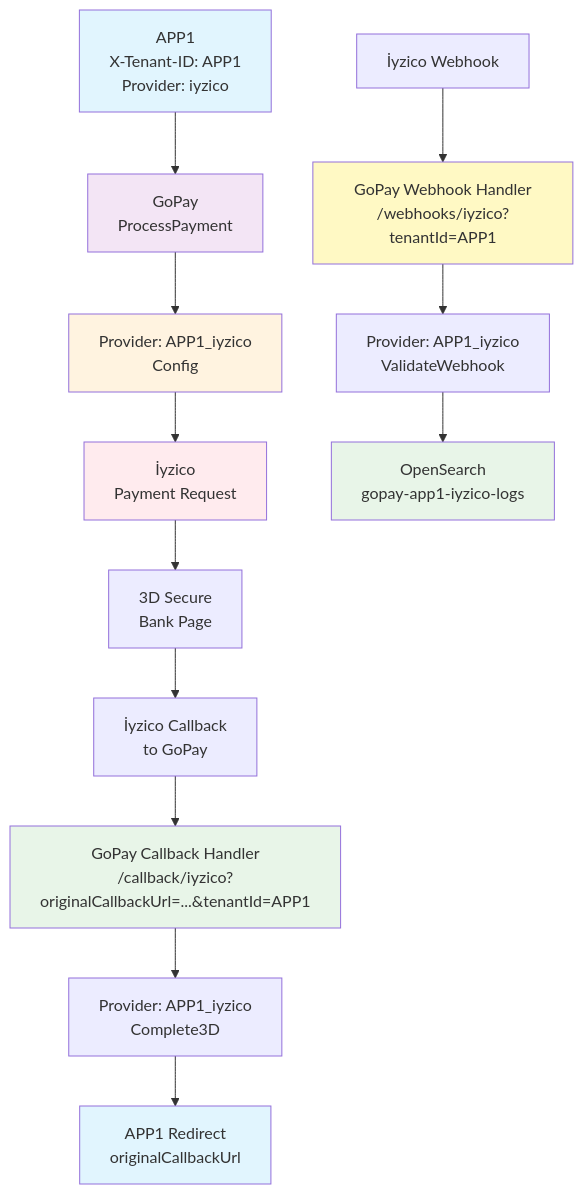
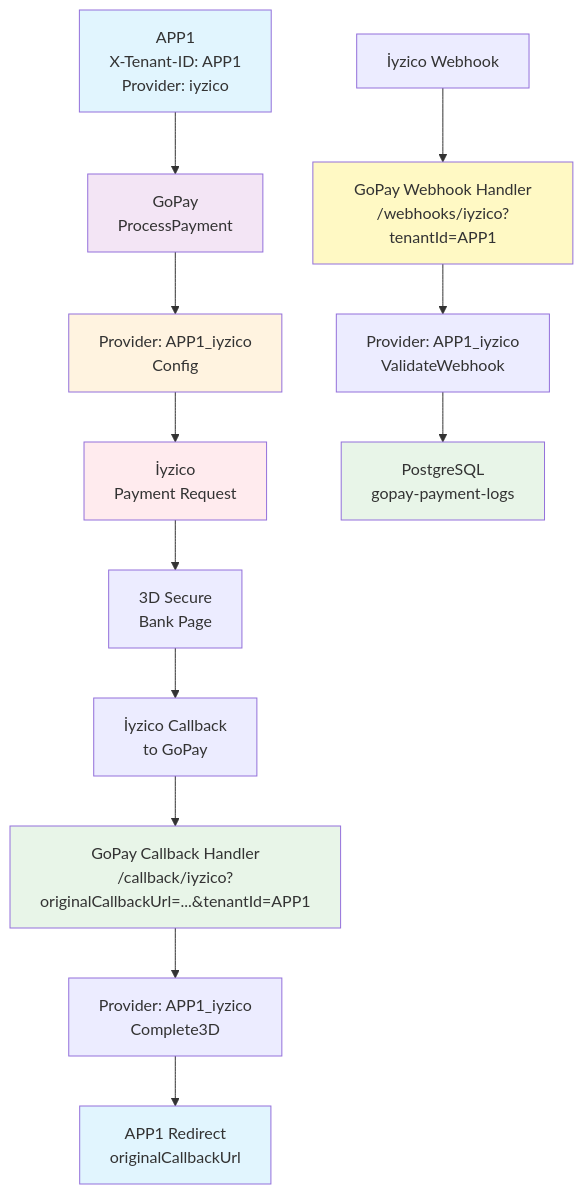
Before and after one commit to mstgnz/gopay: the second of 2 diagrams in README.md, drawn with Mermaid. The commit also changed other lines of this file and 6 other files, not shown here.

````diff
--- a/README.md
+++ b/README.md
@@ -56,24 +56,24 @@
 ```mermaid
 graph TD
     A["APP1<br/>X-Tenant-ID: APP1<br/>Provider: iyzico"] --> B["GoPay<br/>ProcessPayment"]
     B --> C["Provider: APP1_iyzico<br/>Config"]
     C --> D["İyzico<br/>Payment Request"]
     D --> E["3D Secure<br/>Bank Page"]
     E --> F["İyzico Callback<br/>to GoPay"]
     F --> G["GoPay Callback Handler<br/>/callback/iyzico?originalCallbackUrl=...&tenantId=APP1"]
     G --> H["Provider: APP1_iyzico<br/>Complete3D"]
     H --> I["APP1 Redirect<br/>originalCallbackUrl"]
 
     J["İyzico Webhook"] --> K["GoPay Webhook Handler<br/>/webhooks/iyzico?tenantId=APP1"]
     K --> L["Provider: APP1_iyzico<br/>ValidateWebhook"]
-    L --> M["OpenSearch<br/>gopay-app1-iyzico-logs"]
+    L --> M["PostgreSQL<br/>gopay-payment-logs"]
 
     style A fill:#e1f5fe
     style B fill:#f3e5f5
     style C fill:#fff3e0
     style D fill:#ffebee
     style G fill:#e8f5e8
     style I fill:#e1f5fe
     style K fill:#fff9c4
     style M fill:#e8f5e8
 ```
````
